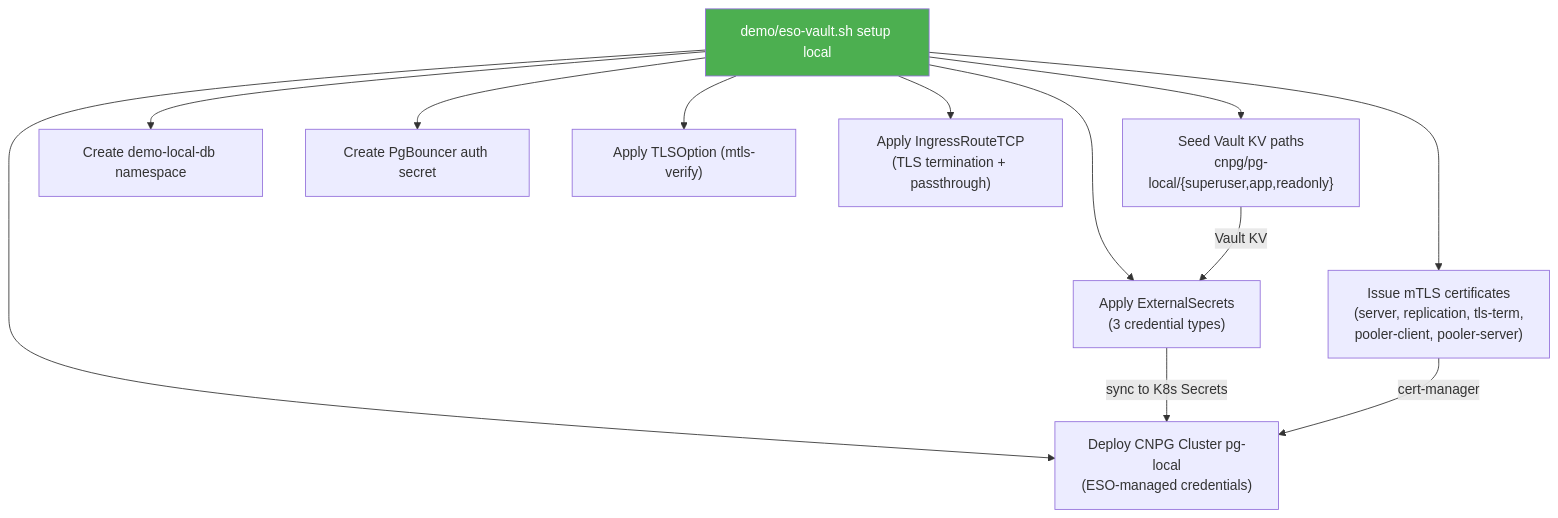
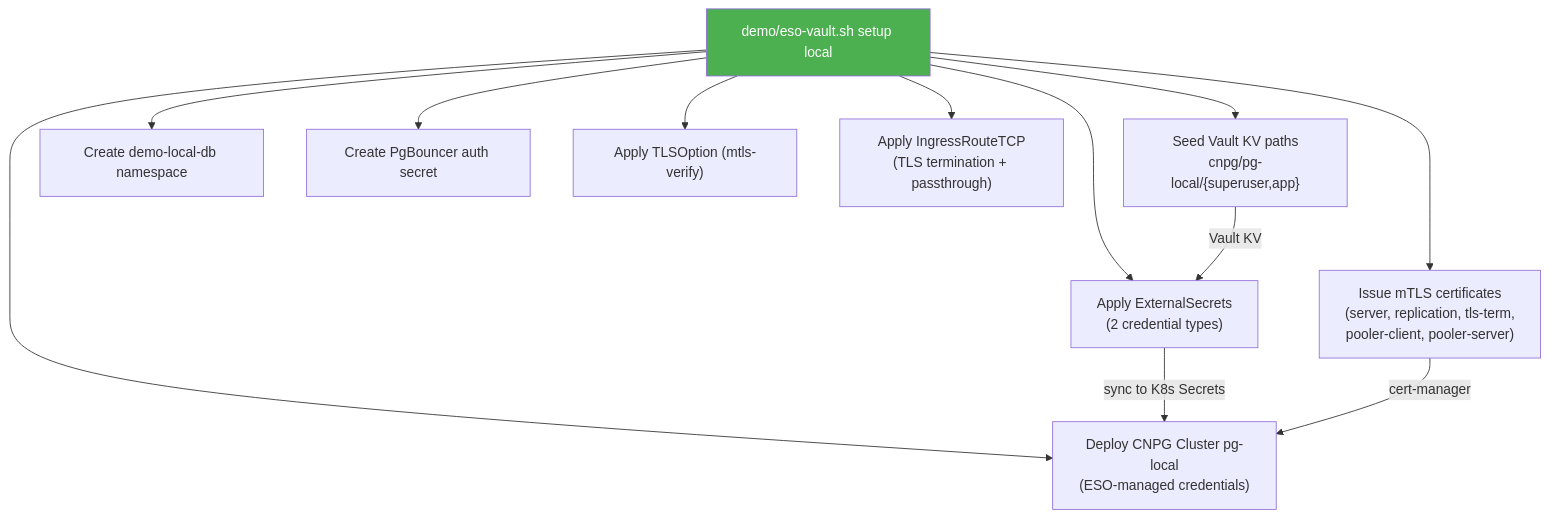
Before and after one commit to rmlandvreugd/cnpg-playground: the fifth of 9 diagrams in docs/architecture-overview.md, drawn with Mermaid. The commit also changed other lines of this file, not shown here.

First line of the commit message:
docs: sync architecture-overview to live deployment

````diff
--- a/docs/architecture-overview.md
+++ b/docs/architecture-overview.md
@@ -189,17 +195,17 @@
 ```mermaid
 flowchart TD
-    E["demo/eso-vault.sh setup local"] --> E1["Seed Vault KV paths<br/>cnpg/pg-local/{superuser,app,readonly}"]
+    E["demo/eso-vault.sh setup local"] --> E1["Seed Vault KV paths<br/>cnpg/pg-local/{superuser,app}"]
     E --> E2["Create demo-local-db namespace"]
-    E --> E3["Apply ExternalSecrets<br/>(3 credential types)"]
+    E --> E3["Apply ExternalSecrets<br/>(2 credential types)"]
     E --> E4["Issue mTLS certificates<br/>(server, replication, tls-term,<br/>pooler-client, pooler-server)"]
     E --> E5["Create PgBouncer auth secret"]
     E --> E6["Apply TLSOption (mtls-verify)"]
     E --> E7["Apply IngressRouteTCP<br/>(TLS termination + passthrough)"]
     E --> E8["Deploy CNPG Cluster pg-local<br/>(ESO-managed credentials)"]
 
     E1 -->|Vault KV| E3
     E3 -->|sync to K8s Secrets| E8
     E4 -->|cert-manager| E8
 
     style E fill:#4CAF50,color:white
 ```
````
